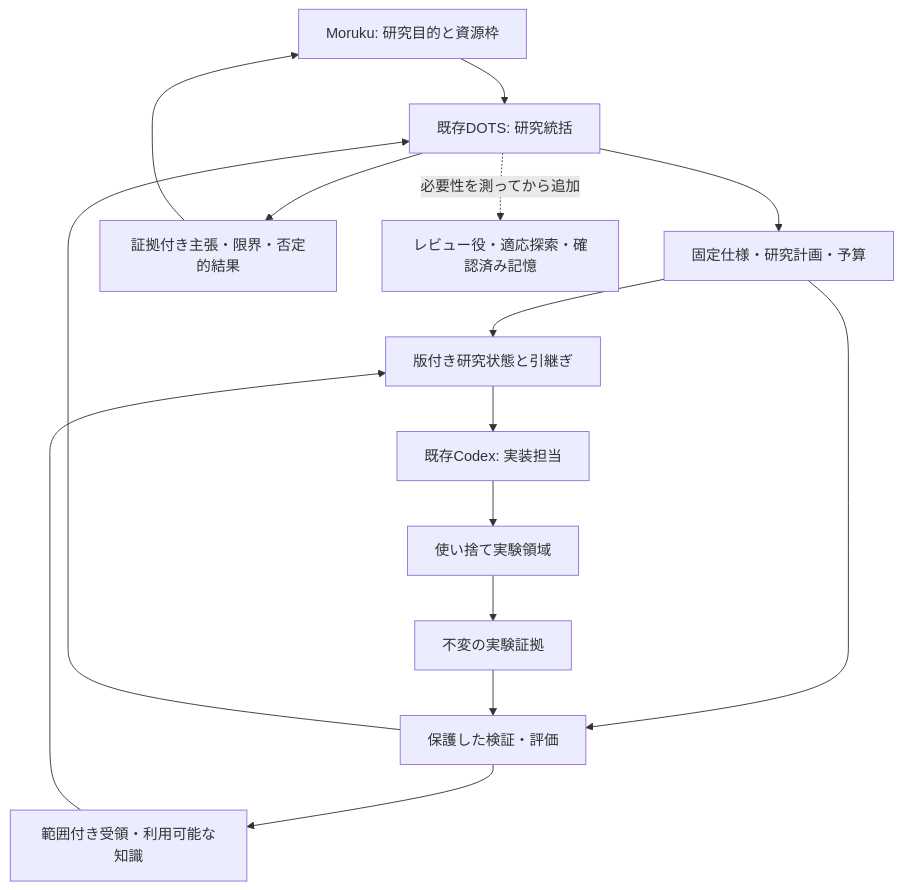
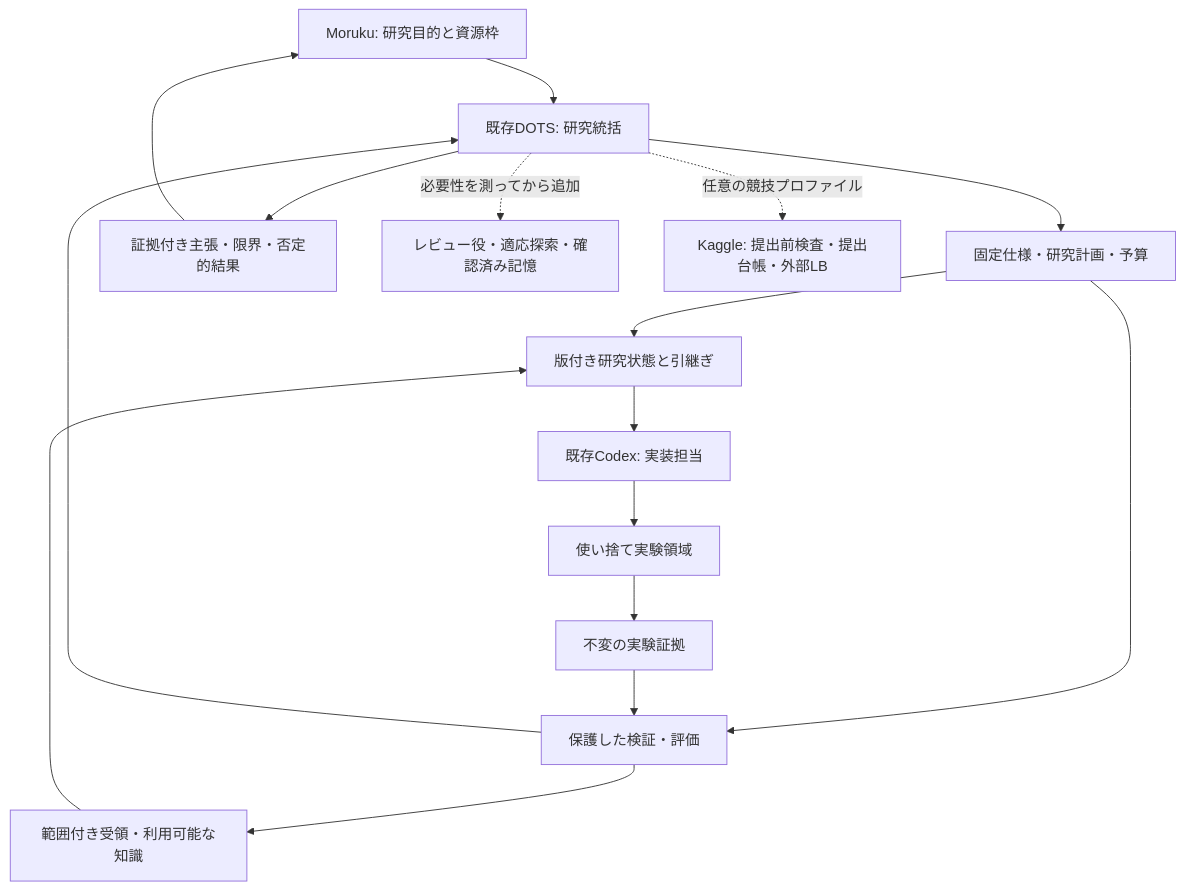
The diagram in README.ja.md (moruku36/ai-agent-scientist), drawn with Mermaid before and after one commit. The commit also changed other lines of this file and 23 other files, not shown here.

````diff
--- a/README.ja.md
+++ b/README.ja.md
@@ -27,17 +31,18 @@
 ```mermaid
 flowchart TB
     H["Moruku: 研究目的と資源枠"] --> D["既存DOTS: 研究統括"]
     D --> P["固定仕様・研究計画・予算"]
     P --> K["版付き研究状態と引継ぎ"]
     K --> C["既存Codex: 実装担当"]
     C --> X["使い捨て実験領域"]
     X --> E["不変の実験証拠"]
     P --> V["保護した検証・評価"]
     E --> V
     V --> Q["範囲付き受領・利用可能な知識"]
     Q --> K
     V --> D
     D --> R["証拠付き主張・限界・否定的結果"]
     R --> H
     D -. "必要性を測ってから追加" .-> S["レビュー役・適応探索・確認済み記憶"]
+    D -. "任意の競技プロファイル" .-> G["Kaggle: 提出前検査・提出台帳・外部LB"]
 ```
````
